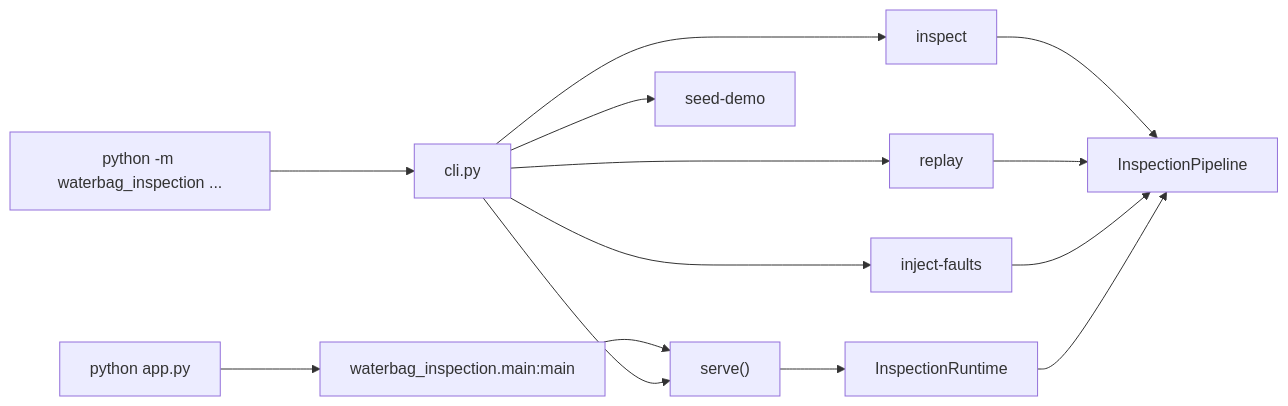
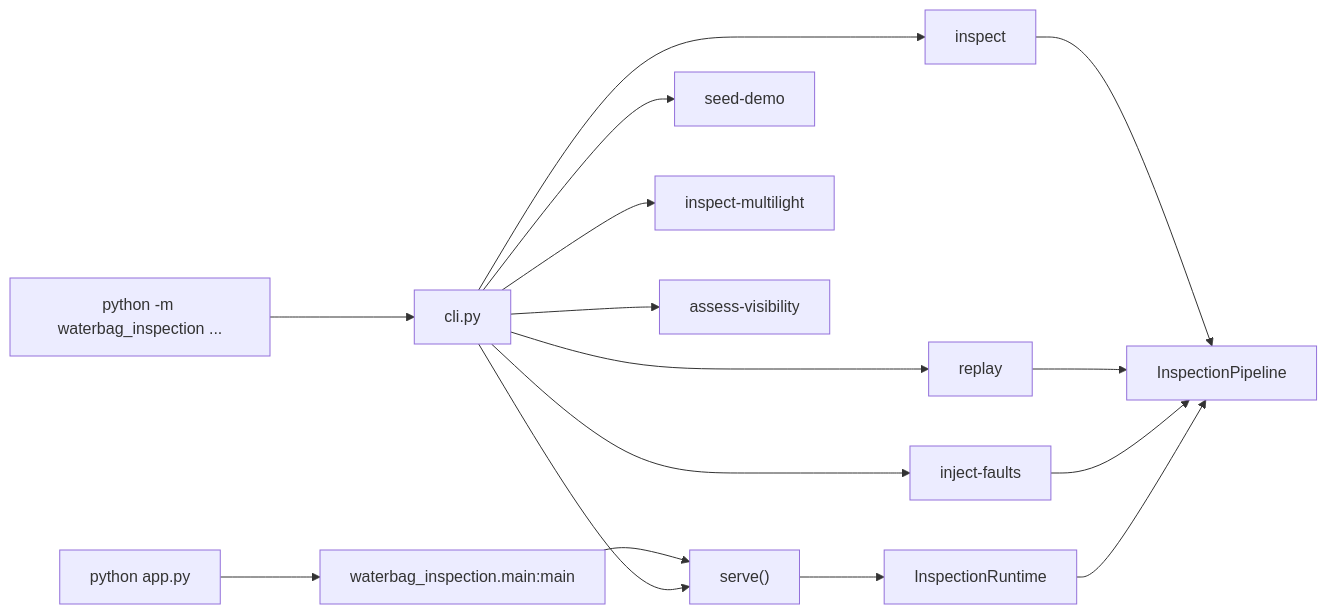
The diagram in docs/architecture/module-overview.md (MzKyle/Defect-detection-of-water-sampling-bags), drawn with Mermaid before and after one commit. The commit also changed other lines of this file and 43 other files, not shown here.

````diff
--- a/docs/architecture/module-overview.md
+++ b/docs/architecture/module-overview.md
@@ -56,16 +60,18 @@
 ```mermaid
 graph LR
     APP["python app.py"] --> MAIN["waterbag_inspection.main:main"]
     CLI["python -m waterbag_inspection ..."] --> CLIM["cli.py"]
     MAIN --> SERVE["serve()"]
     CLIM --> SERVE
     CLIM --> SEED["seed-demo"]
     CLIM --> INSPECT["inspect"]
+    CLIM --> ML["inspect-multilight"]
+    CLIM --> VIS["assess-visibility"]
     CLIM --> REPLAY["replay"]
     CLIM --> FAULT["inject-faults"]
     SERVE --> RUNTIME["InspectionRuntime"]
     INSPECT --> PIPE["InspectionPipeline"]
     REPLAY --> PIPE
     FAULT --> PIPE
     RUNTIME --> PIPE
 ```
````
